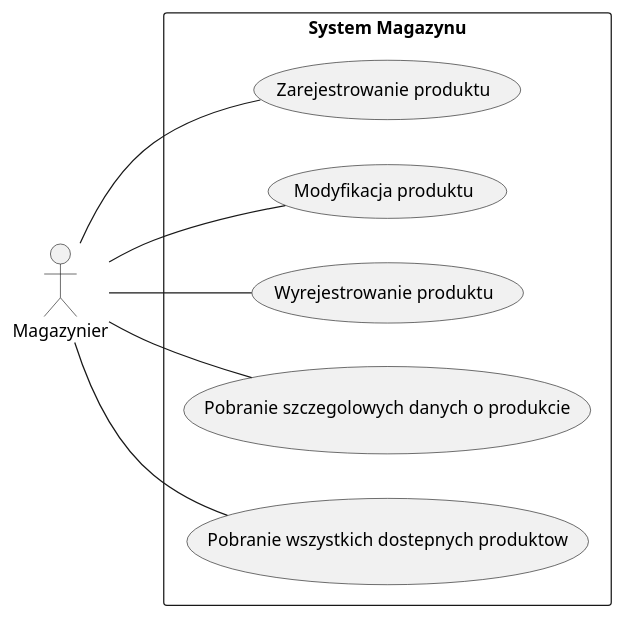
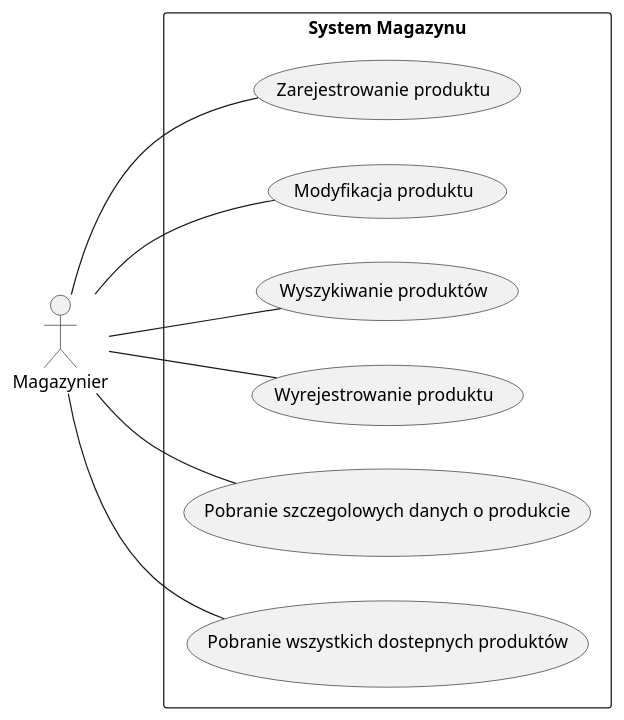
The eighth of 13 diagrams in src/Projekt systemu.md (pixellos/Agh.5.Psi), drawn with PlantUML before and after one commit. The commit also changed other lines of this file, not shown here.

````diff
--- a/src/Projekt systemu.md
+++ b/src/Projekt systemu.md
@@ -2242,14 +2242,15 @@
 ```plantuml 2.1.2.5
 @startuml
 left to right direction
 skinparam packageStyle rectangle
 actor Magazynier
 rectangle "System Magazynu" {
     Magazynier -- (Zarejestrowanie produktu)
 	Magazynier -- (Modyfikacja produktu)
+	Magazynier -- (Wyszykiwanie produktów)
 	Magazynier -- (Wyrejestrowanie produktu)
 	Magazynier -- (Pobranie szczegolowych danych o produkcie)
-	Magazynier -- (Pobranie wszystkich dostepnych produktow)
+	Magazynier -- (Pobranie wszystkich dostepnych produktów)
 }
 @enduml
 ```
````
